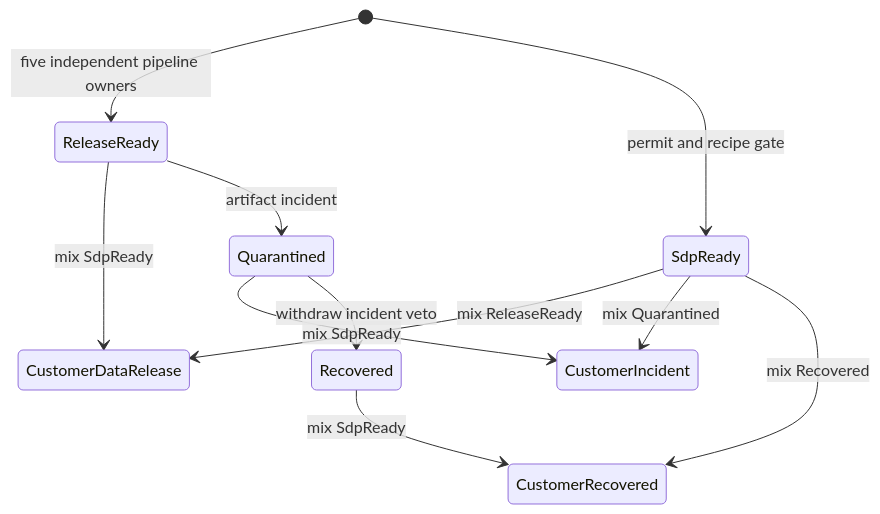
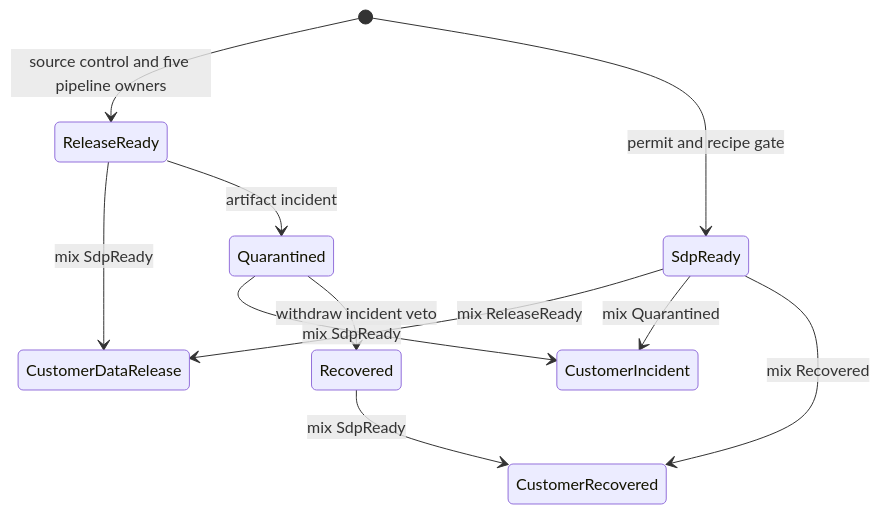
Before and after one commit to tao3k/cedar-poo-spec: the diagram in Examples/Cloud/DataProtection/README.org, drawn with Mermaid. The commit also changed 7 other files, not shown here.

Commit message:
Bind source review evidence into pipeline POO composition

```diff
--- a/Examples/Cloud/DataProtection/README.org
+++ b/Examples/Cloud/DataProtection/README.org
@@ -25,13 +25,13 @@
 #+begin_src mermaid
 stateDiagram-v2
-  [*] --> ReleaseReady: five independent pipeline owners
+  [*] --> ReleaseReady: source control and five pipeline owners
   [*] --> SdpReady: permit and recipe gate
   ReleaseReady --> CustomerDataRelease: mix SdpReady
   SdpReady --> CustomerDataRelease: mix ReleaseReady
   ReleaseReady --> Quarantined: artifact incident
   Quarantined --> CustomerIncident: mix SdpReady
   SdpReady --> CustomerIncident: mix Quarantined
   Quarantined --> Recovered: withdraw incident veto
   Recovered --> CustomerRecovered: mix SdpReady
   SdpReady --> CustomerRecovered: mix Recovered
 #+end_src
```
